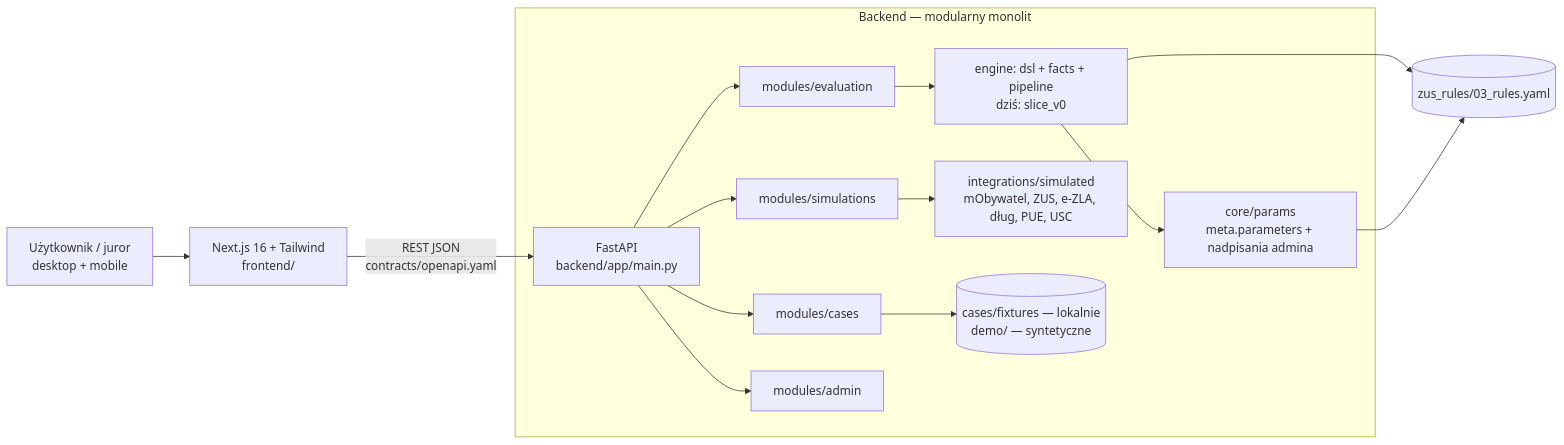
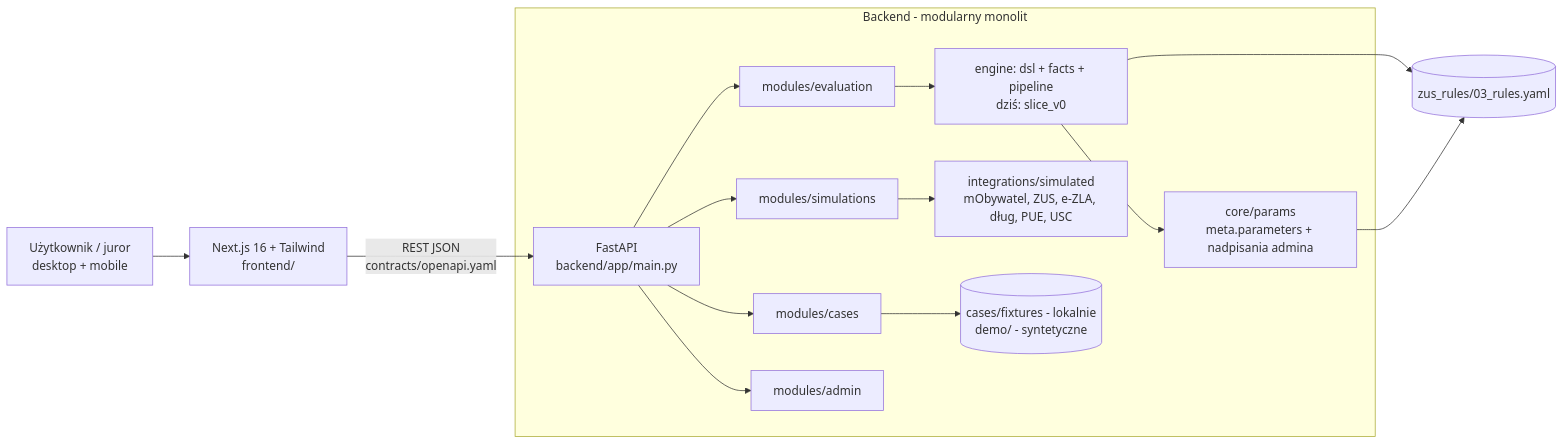
The diagram in docs/ARCHITECTURE.md (adrian-pretkowski/hacknation-2026), drawn with Mermaid before and after one commit. The commit also changed other lines of this file and 156 other files, not shown here.

````diff
--- a/docs/ARCHITECTURE.md
+++ b/docs/ARCHITECTURE.md
@@ -5,17 +5,17 @@
 ```mermaid
 flowchart LR
   U[Użytkownik / juror<br/>desktop + mobile] --> FE[Next.js 16 + Tailwind<br/>frontend/]
   FE -->|REST JSON<br/>contracts/openapi.yaml| API[FastAPI<br/>backend/app/main.py]
-  subgraph BE[Backend — modularny monolit]
+  subgraph BE[Backend - modularny monolit]
     API --> EV[modules/evaluation]
     API --> CS[modules/cases]
     API --> SIM[modules/simulations]
     API --> ADM[modules/admin]
     EV --> ENG[engine: dsl + facts + pipeline<br/>dziś: slice_v0]
     ENG --> PAR[core/params<br/>meta.parameters + nadpisania admina]
     SIM --> ADP[integrations/simulated<br/>mObywatel, ZUS, e-ZLA, dług, PUE, USC]
-    CS --> FX[(cases/fixtures — lokalnie<br/>demo/ — syntetyczne)]
+    CS --> FX[(cases/fixtures - lokalnie<br/>demo/ - syntetyczne)]
   end
   ENG --> R[(zus_rules/03_rules.yaml)]
   PAR --> R
 ```
````
